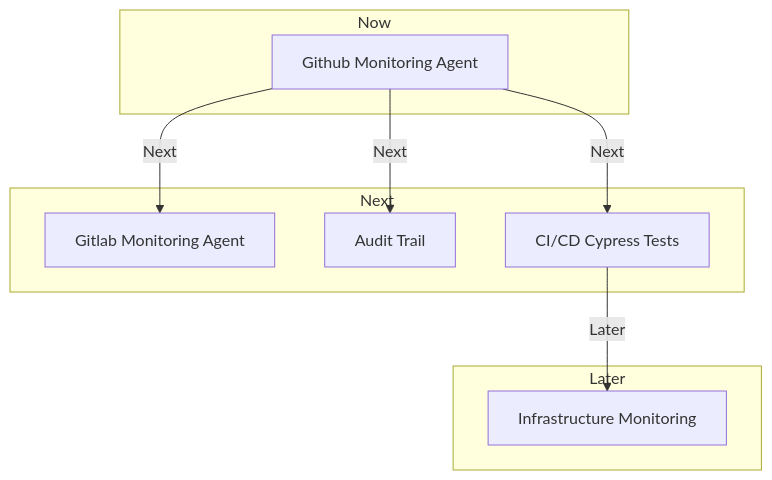
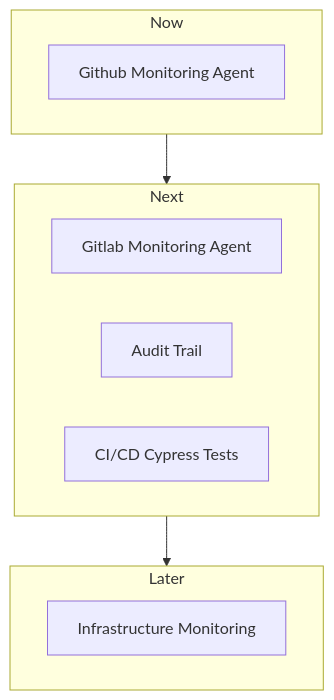
One commit to OpenATO/Roadmap changed the diagram in products/MR/README.md. Above: the diagram before and after it, drawn with Mermaid.

````diff
--- a/products/MR/README.md
+++ b/products/MR/README.md
@@ -22,22 +22,20 @@
 ```mermaid
 graph TD
 
 subgraph Now
 A[Github Monitoring Agent]
 end
 
 subgraph Next
 B[Gitlab Monitoring Agent]
 E[Audit Trail]
 C[CI/CD Cypress Tests]
 end
 
 subgraph Later
 D[Infrastructure Monitoring]
 end
 
-A -->|Next| B
-A -->|Next| E
-A -->|Next| C
-C -->|Later| D
+Now --> Next
+Next --> Later
 ```
````
